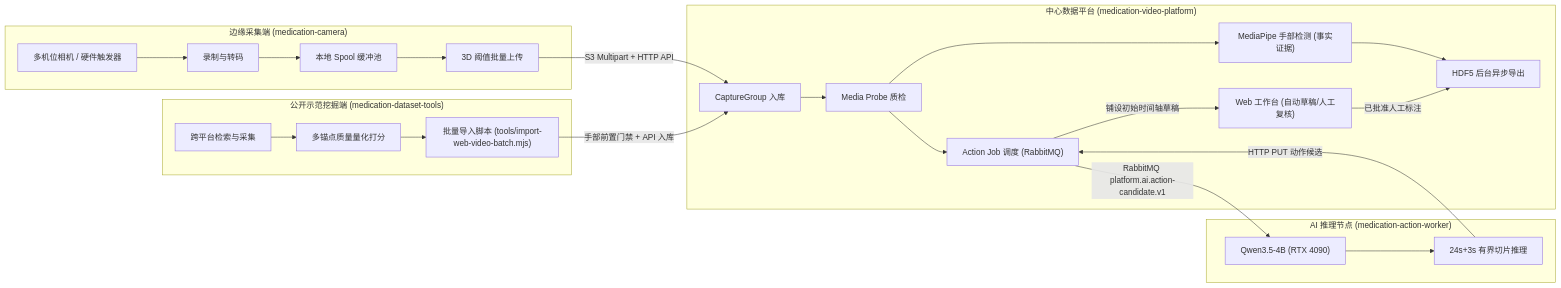
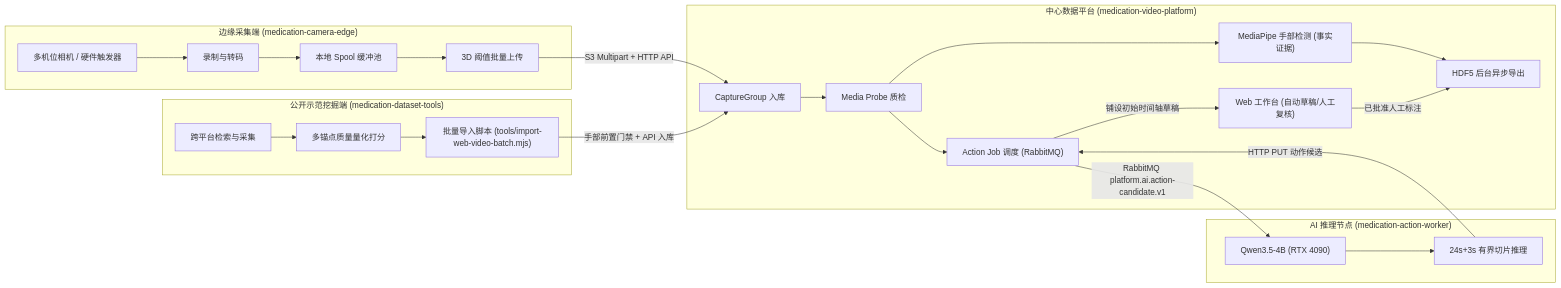
Before and after one commit to Soberis/medication-video-platform: the diagram in README.md, drawn with Mermaid. The commit also changed other lines of this file, not shown here.

Commit message:
docs: update medication-camera references to medication-camera-edge

````diff
--- a/README.md
+++ b/README.md
@@ -20,39 +20,39 @@
 ```mermaid
 flowchart LR
-    subgraph Edge["边缘采集端 (medication-camera)"]
+    subgraph Edge["边缘采集端 (medication-camera-edge)"]
         CAM["多机位相机 / 硬件触发器"] --> REC["录制与转码"]
         REC --> SPOOL["本地 Spool 缓冲池"]
         SPOOL --> UPL["3D 阈值批量上传"]
     end
 
     subgraph Harvester["公开示范挖掘端 (medication-dataset-tools)"]
         HARV["跨平台检索与采集"] --> QUANT["多锚点质量量化打分"]
         QUANT --> BATCH_IMP["批量导入脚本 (tools/import-web-video-batch.mjs)"]
     end
 
     subgraph Platform["中心数据平台 (medication-video-platform)"]
         INGEST["CaptureGroup 入库"]
         PROBE["Media Probe 质检"]
         MP["MediaPipe 手部检测 (事实证据)"]
         SCHED["Action Job 调度 (RabbitMQ)"]
         UI["Web 工作台 (自动草稿/人工复核)"]
         EXP["HDF5 后台异步导出"]
     end
 
     subgraph GPU["AI 推理节点 (medication-action-worker)"]
         QWEN["Qwen3.5-4B (RTX 4090)"]
         CHUNK["24s+3s 有界切片推理"]
     end
 
     UPL -->|S3 Multipart + HTTP API| INGEST
     BATCH_IMP -->|手部前置门禁 + API 入库| INGEST
     INGEST --> PROBE
     PROBE --> MP
     PROBE --> SCHED
     SCHED -->|RabbitMQ platform.ai.action-candidate.v1| QWEN
     QWEN --> CHUNK
     CHUNK -->|HTTP PUT 动作候选| SCHED
     SCHED -->|铺设初始时间轴草稿| UI
     MP --> EXP
     UI -->|已批准人工标注| EXP
 ```
````
